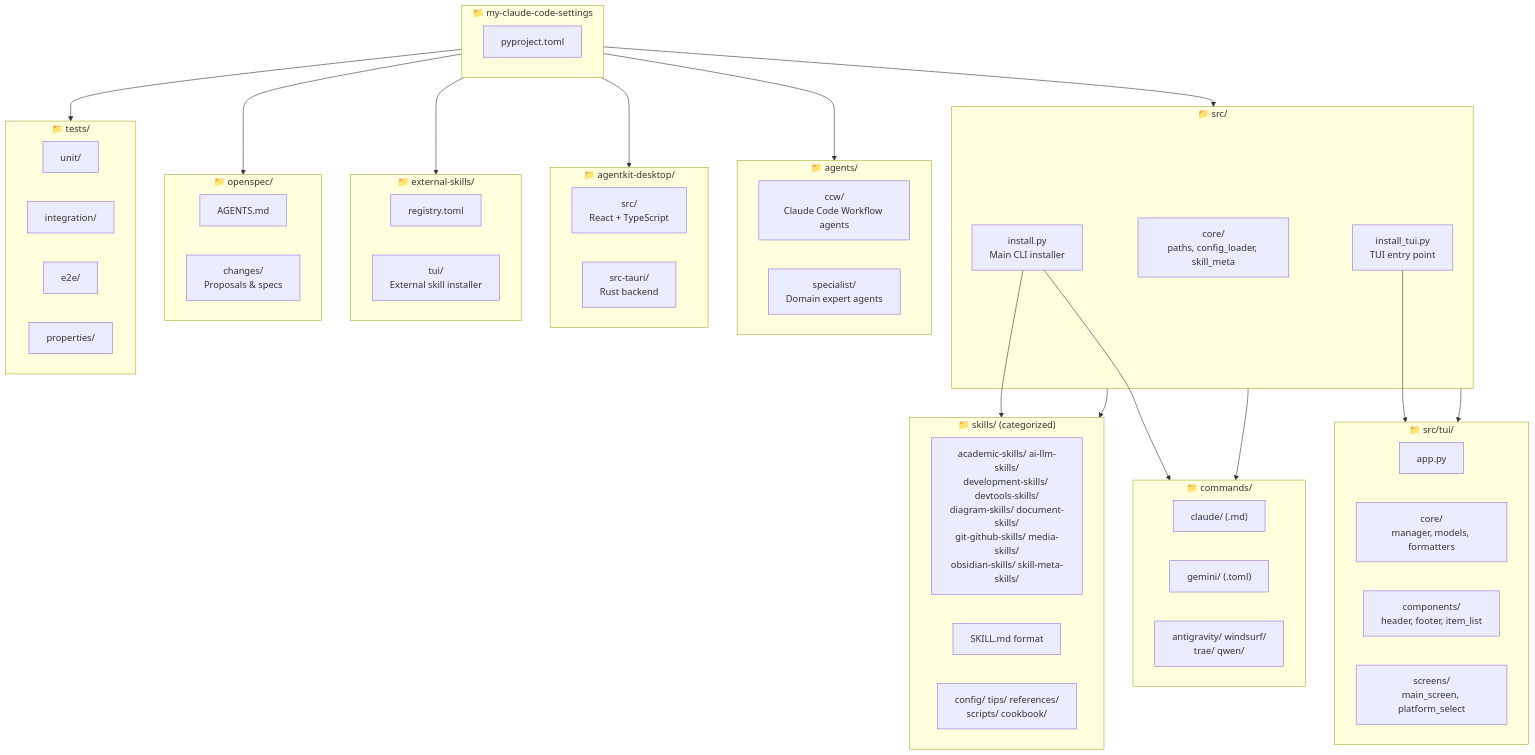
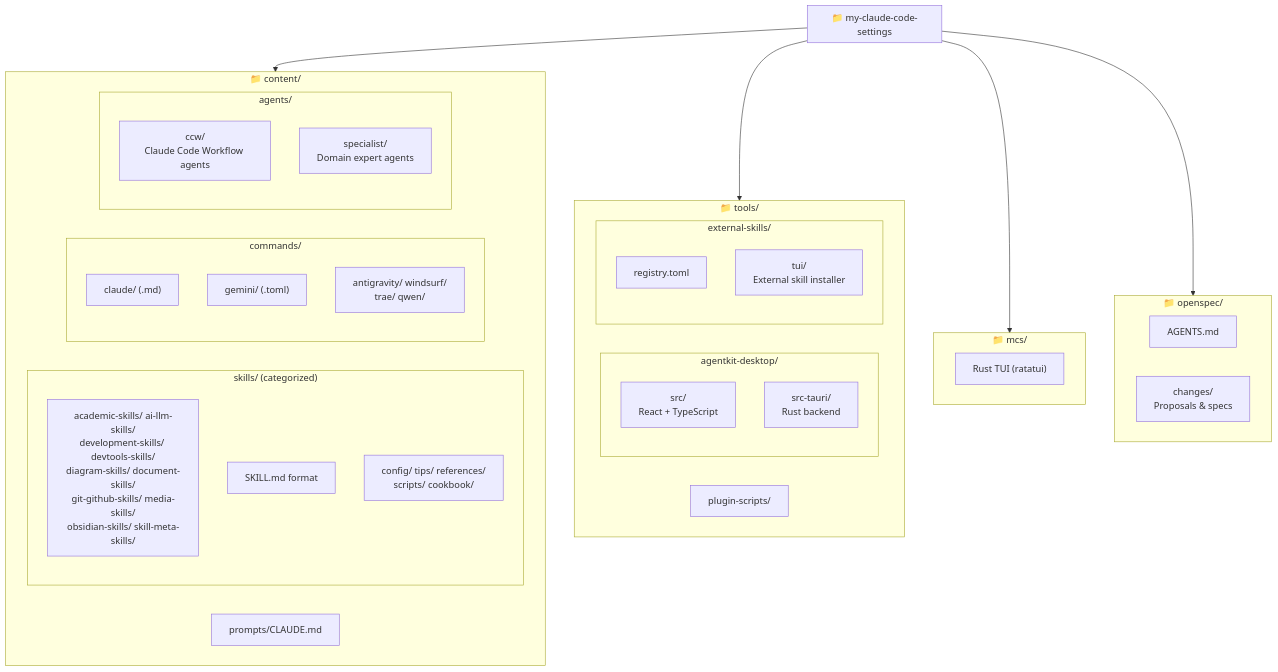
The diagram in CLAUDE.md (bahayonghang/my-ai-cli-toolkit), drawn with Mermaid before and after one commit. The commit also changed other lines of this file and 4 other files, not shown here.

````diff
--- a/CLAUDE.md
+++ b/CLAUDE.md
@@ -38,72 +38,55 @@
 ```mermaid
 graph TB
     subgraph Root["📁 my-claude-code-settings"]
-        pyproject["pyproject.toml"]
+        direction TB
     end
 
-    subgraph Src["📁 src/"]
-        install["install.py<br/>Main CLI installer"]
-        install_tui["install_tui.py<br/>TUI entry point"]
-        core_mod["core/<br/>paths, config_loader, skill_meta"]
+    subgraph ContentDir["📁 content/"]
+        subgraph Skills["skills/ (categorized)"]
+            skill_cats["academic-skills/ ai-llm-skills/<br/>development-skills/ devtools-skills/<br/>diagram-skills/ document-skills/<br/>git-github-skills/ media-skills/<br/>obsidian-skills/ skill-meta-skills/"]
+            skill_md["SKILL.md format"]
+            skill_dirs["config/ tips/ references/<br/>scripts/ cookbook/"]
+        end
+
+        subgraph Commands["commands/"]
+            claude_cmd["claude/ (.md)"]
+            gemini_cmd["gemini/ (.toml)"]
+            other_cmd["antigravity/ windsurf/<br/>trae/ qwen/"]
+        end
+
+        subgraph Agents["agents/"]
+            ccw["ccw/<br/>Claude Code Workflow agents"]
+            specialist["specialist/<br/>Domain expert agents"]
+        end
+
+        prompts_dir["prompts/CLAUDE.md"]
     end
 
-    subgraph Skills["📁 skills/ (categorized)"]
-        skill_cats["academic-skills/ ai-llm-skills/<br/>development-skills/ devtools-skills/<br/>diagram-skills/ document-skills/<br/>git-github-skills/ media-skills/<br/>obsidian-skills/ skill-meta-skills/"]
-        skill_md["SKILL.md format"]
-        skill_dirs["config/ tips/ references/<br/>scripts/ cookbook/"]
+    subgraph ToolsDir["📁 tools/"]
+        subgraph AgentKit["agentkit-desktop/"]
+            ak_src["src/<br/>React + TypeScript"]
+            ak_tauri["src-tauri/<br/>Rust backend"]
+        end
+
+        subgraph External["external-skills/"]
+            ext_registry["registry.toml"]
+            ext_tui["tui/<br/>External skill installer"]
+        end
+
+        plugin_scripts["plugin-scripts/"]
     end
 
-    subgraph Commands["📁 commands/"]
-        claude_cmd["claude/ (.md)"]
-        gemini_cmd["gemini/ (.toml)"]
-        other_cmd["antigravity/ windsurf/<br/>trae/ qwen/"]
-    end
-
-    subgraph TUI["📁 src/tui/"]
-        tui_app["app.py"]
-        tui_core["core/<br/>manager, models, formatters"]
-        tui_comp["components/<br/>header, footer, item_list"]
-        tui_screens["screens/<br/>main_screen, platform_select"]
-    end
-
-    subgraph Agents["📁 agents/"]
-        ccw["ccw/<br/>Claude Code Workflow agents"]
-        specialist["specialist/<br/>Domain expert agents"]
-    end
-
-    subgraph AgentKit["📁 agentkit-desktop/"]
-        ak_src["src/<br/>React + TypeScript"]
-        ak_tauri["src-tauri/<br/>Rust backend"]
-    end
-
-    subgraph External["📁 external-skills/"]
-        ext_registry["registry.toml"]
-        ext_tui["tui/<br/>External skill installer"]
+    subgraph MCS["📁 mcs/"]
+        mcs_rust["Rust TUI (ratatui)"]
     end
 
     subgraph OpenSpec["📁 openspec/"]
         os_agents["AGENTS.md"]
         os_changes["changes/<br/>Proposals & specs"]
     end
 
-    subgraph Tests["📁 tests/"]
-        test_unit["unit/"]
-        test_int["integration/"]
-        test_e2e["e2e/"]
-        test_prop["properties/"]
-    end
-
-    Root --> Src
-    Src --> Skills
-    Src --> Commands
-    Src --> TUI
-    Root --> Agents
-    Root --> AgentKit
-    Root --> External
+    Root --> ContentDir
+    Root --> ToolsDir
+    Root --> MCS
     Root --> OpenSpec
-    Root --> Tests
-
-    install --> Skills
-    install --> Commands
-    install_tui --> TUI
 ```
````
